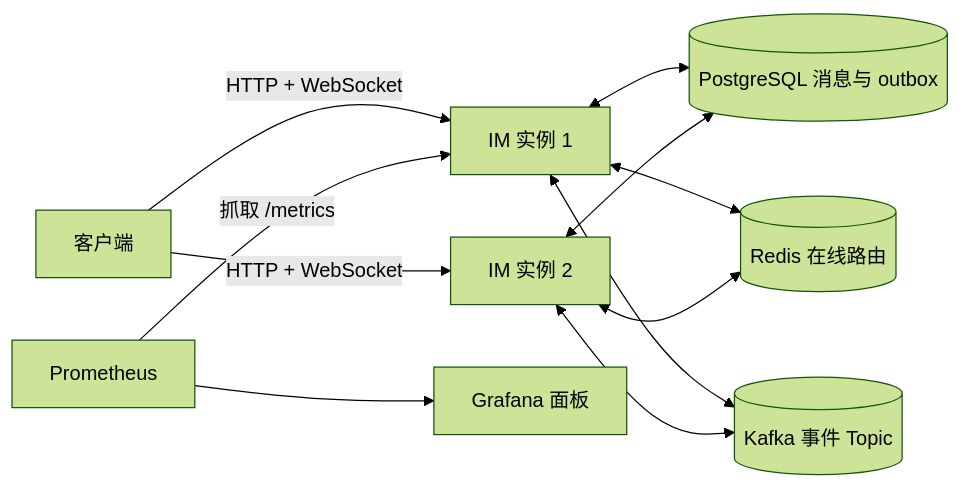
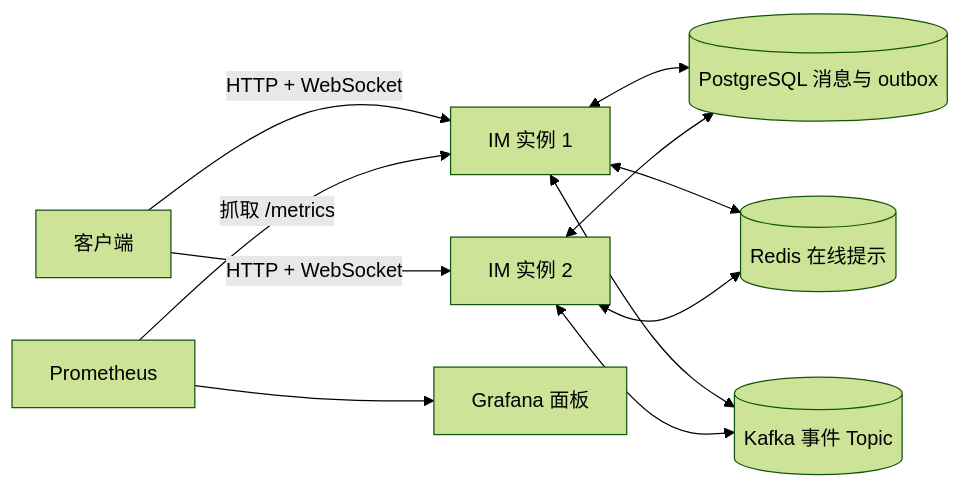
One commit to vmc6g8p2tk-lab/go-im changed the diagram in README.md. Above: the diagram before and after it, drawn with Mermaid (forest theme). The commit also changed other lines of this file and 15 other files, not shown here.

````diff
--- a/README.md
+++ b/README.md
@@ -13,13 +13,13 @@
 ```mermaid
 flowchart LR
     Client[客户端] -->|HTTP + WebSocket| A[IM 实例 1]
     Client -->|HTTP + WebSocket| B[IM 实例 2]
     A <--> PG[(PostgreSQL 消息与 outbox)]
     B <--> PG
-    A <--> R[(Redis 在线路由)]
+    A <--> R[(Redis 在线提示)]
     B <--> R
     A <--> K[(Kafka 事件 Topic)]
     B <--> K
     P[Prometheus] -->|抓取 /metrics| A
     P --> G[Grafana 面板]
 ```
````
